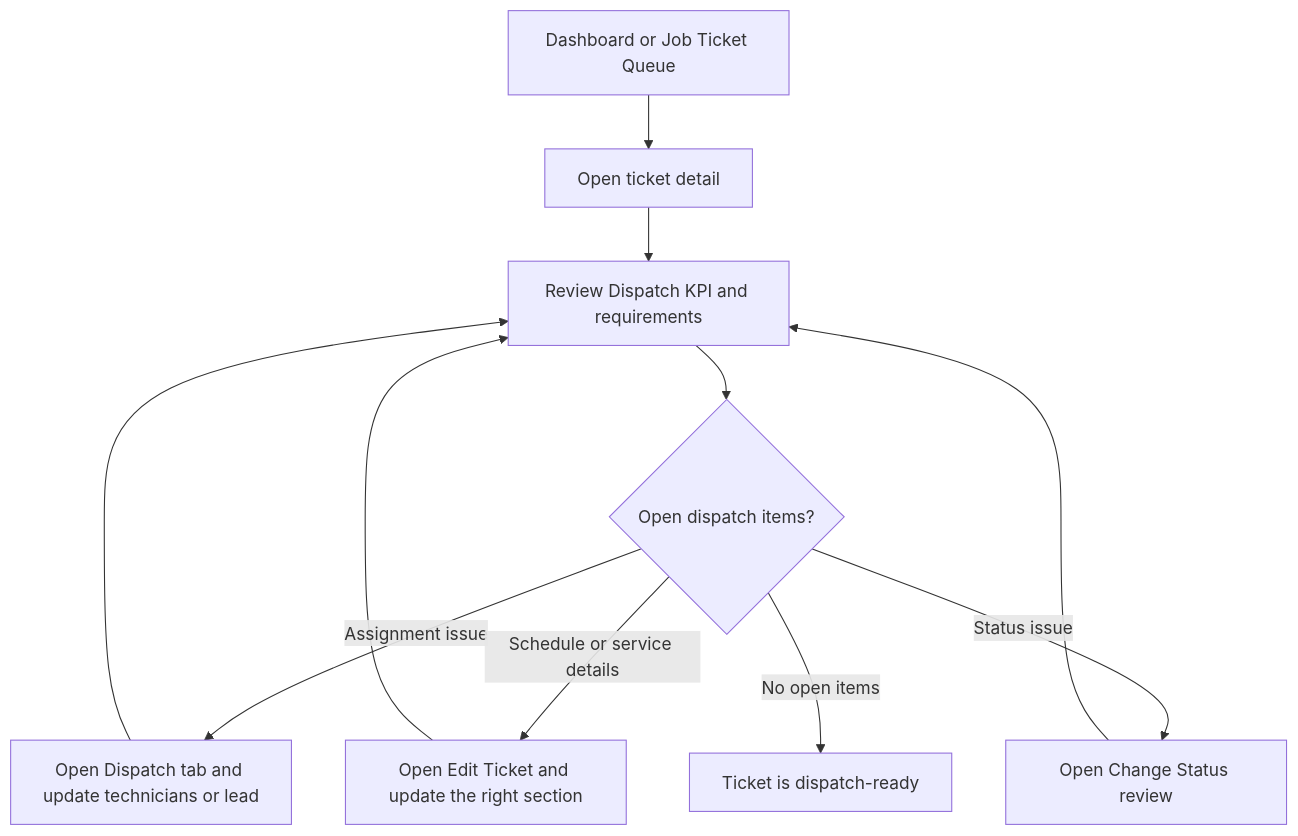
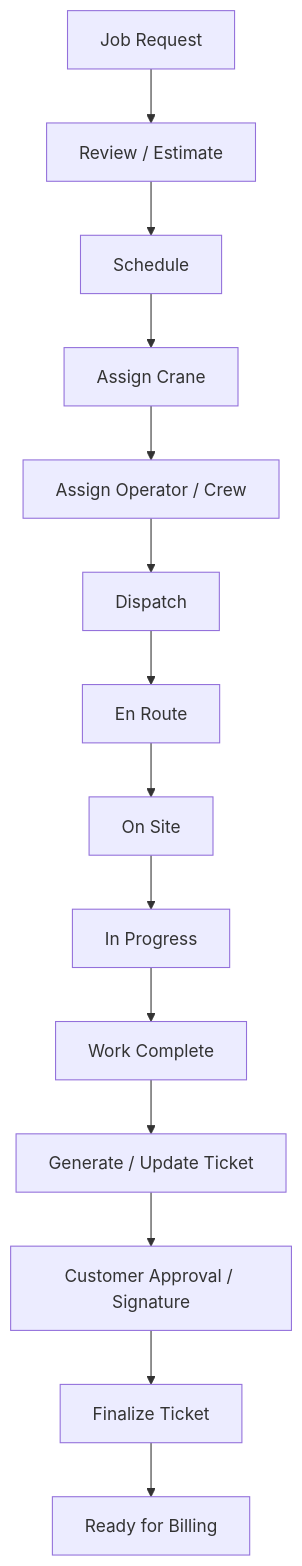
One commit to randalorian985/job-ticket-system changed the first of 2 diagrams in frontend/public/docs/system-wiki.md. Above: the diagram before and after it, drawn with Mermaid. The commit also changed other lines of this file and 21 other files, not shown here.

````diff
--- a/frontend/public/docs/system-wiki.md
+++ b/frontend/public/docs/system-wiki.md
@@ -428,13 +458,16 @@
 ```mermaid
 flowchart TD
-  A["Dashboard or Job Ticket Queue"] --> B["Open ticket detail"]
-  B --> C["Review Dispatch KPI and requirements"]
-  C --> D{"Open dispatch items?"}
-  D -->|Assignment issue| E["Open Dispatch tab and update technicians or lead"]
-  D -->|Schedule or service details| F["Open Edit Ticket and update the right section"]
-  D -->|Status issue| G["Open Change Status review"]
-  D -->|No open items| H["Ticket is dispatch-ready"]
-  E --> C
-  F --> C
-  G --> C
+  A["Job Request"] --> B["Review / Estimate"]
+  B --> C["Schedule"]
+  C --> D["Assign Crane"]
+  D --> E["Assign Operator / Crew"]
+  E --> F["Dispatch"]
+  F --> G["En Route"]
+  G --> H["On Site"]
+  H --> I["In Progress"]
+  I --> J["Work Complete"]
+  J --> K["Generate / Update Ticket"]
+  K --> L["Customer Approval / Signature"]
+  L --> M["Finalize Ticket"]
+  M --> N["Ready for Billing"]
 ```
````
